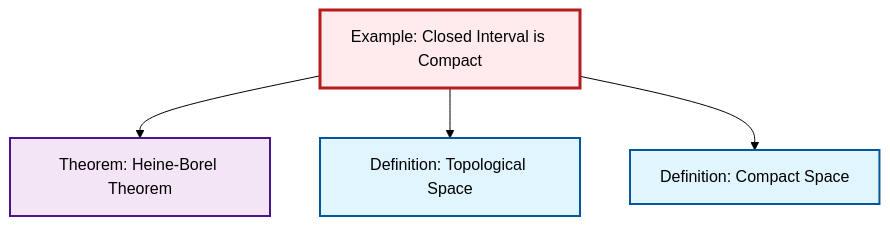
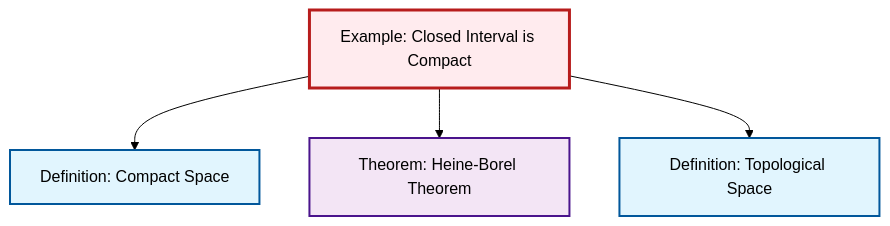
One commit to RK0429/ModernMath changed the diagram in content/ja/topology/ex-closed-interval-compact.qmd. Above: the diagram before and after it, drawn with Mermaid (forest theme). The commit also changed other lines of this file and 531 other files, not shown here.

````diff
--- a/content/ja/topology/ex-closed-interval-compact.qmd
+++ b/content/ja/topology/ex-closed-interval-compact.qmd
@@ -55,20 +55,20 @@
 ```{mermaid}
 %%| fig-cap: "Local dependency graph"
 graph TD
     classDef definition fill:#e1f5fe,stroke:#01579b,stroke-width:2px
     classDef theorem fill:#f3e5f5,stroke:#4a148c,stroke-width:2px
     classDef axiom fill:#fff3e0,stroke:#e65100,stroke-width:2px
     classDef example fill:#e8f5e9,stroke:#1b5e20,stroke-width:2px
     classDef current fill:#ffebee,stroke:#b71c1c,stroke-width:3px
     ex-closed-interval-compact["Example: Closed Interval is Compact"]:::example
+    thm-heine-borel["Theorem: Heine-Borel Theorem"]:::theorem
+    def-compact["Definition: Compact Space"]:::definition
     def-topological-space["Definition: Topological Space"]:::definition
-    def-compact["Definition: Compact Space"]:::definition
-    thm-heine-borel["Theorem: Heine-Borel Theorem"]:::theorem
+    ex-closed-interval-compact --> def-compact
     ex-closed-interval-compact --> thm-heine-borel
     ex-closed-interval-compact --> def-topological-space
-    ex-closed-interval-compact --> def-compact
     class ex-closed-interval-compact current
+    click thm-heine-borel "thm-heine-borel.html" "Theorem: Heine-Borel Theoremへ"
+    click def-compact "def-compact.html" "Definition: Compact Spaceへ"
     click def-topological-space "def-topological-space.html" "Definition: Topological Spaceへ"
-    click def-compact "def-compact.html" "Definition: Compact Spaceへ"
-    click thm-heine-borel "thm-heine-borel.html" "Theorem: Heine-Borel Theoremへ"
 ```
````
